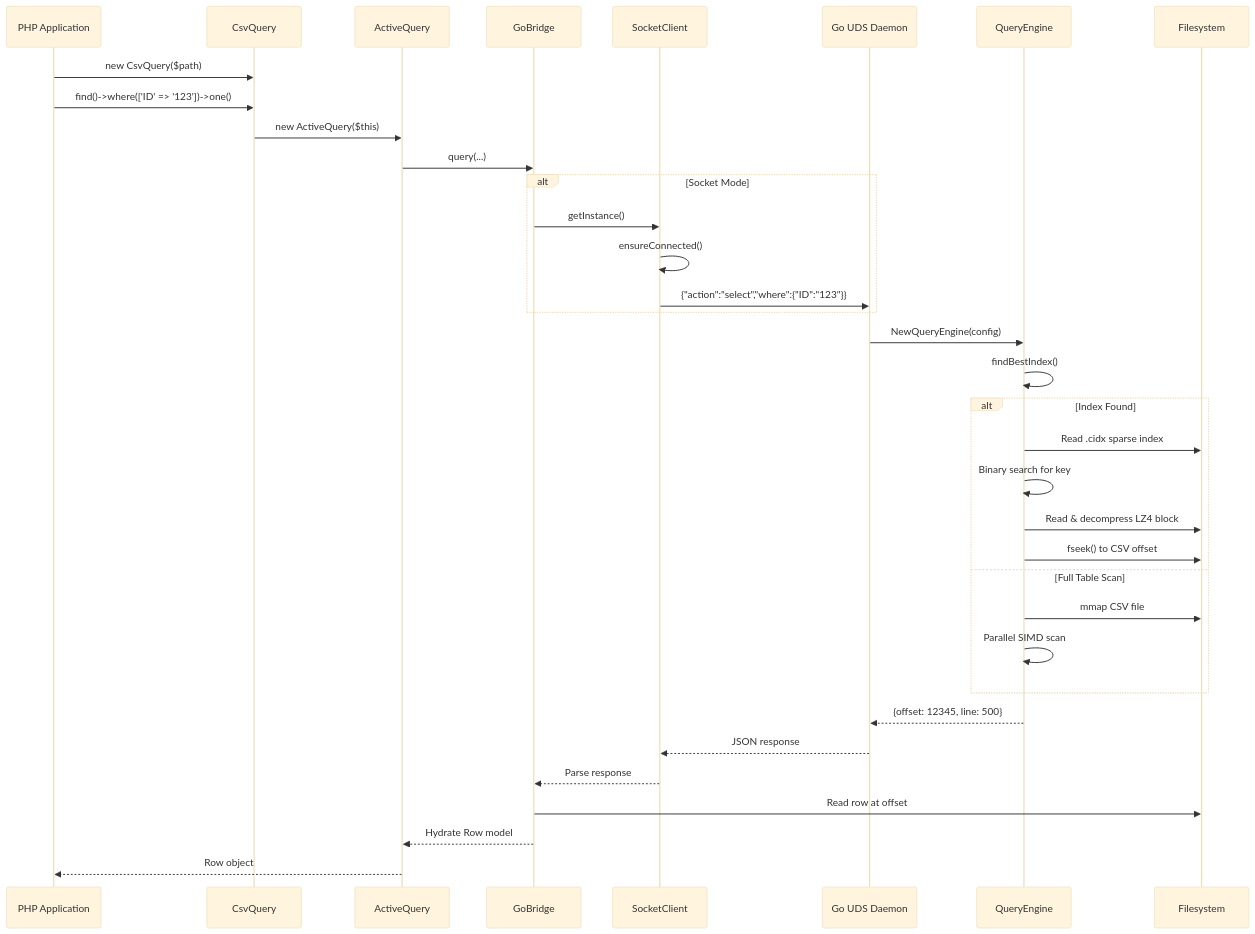
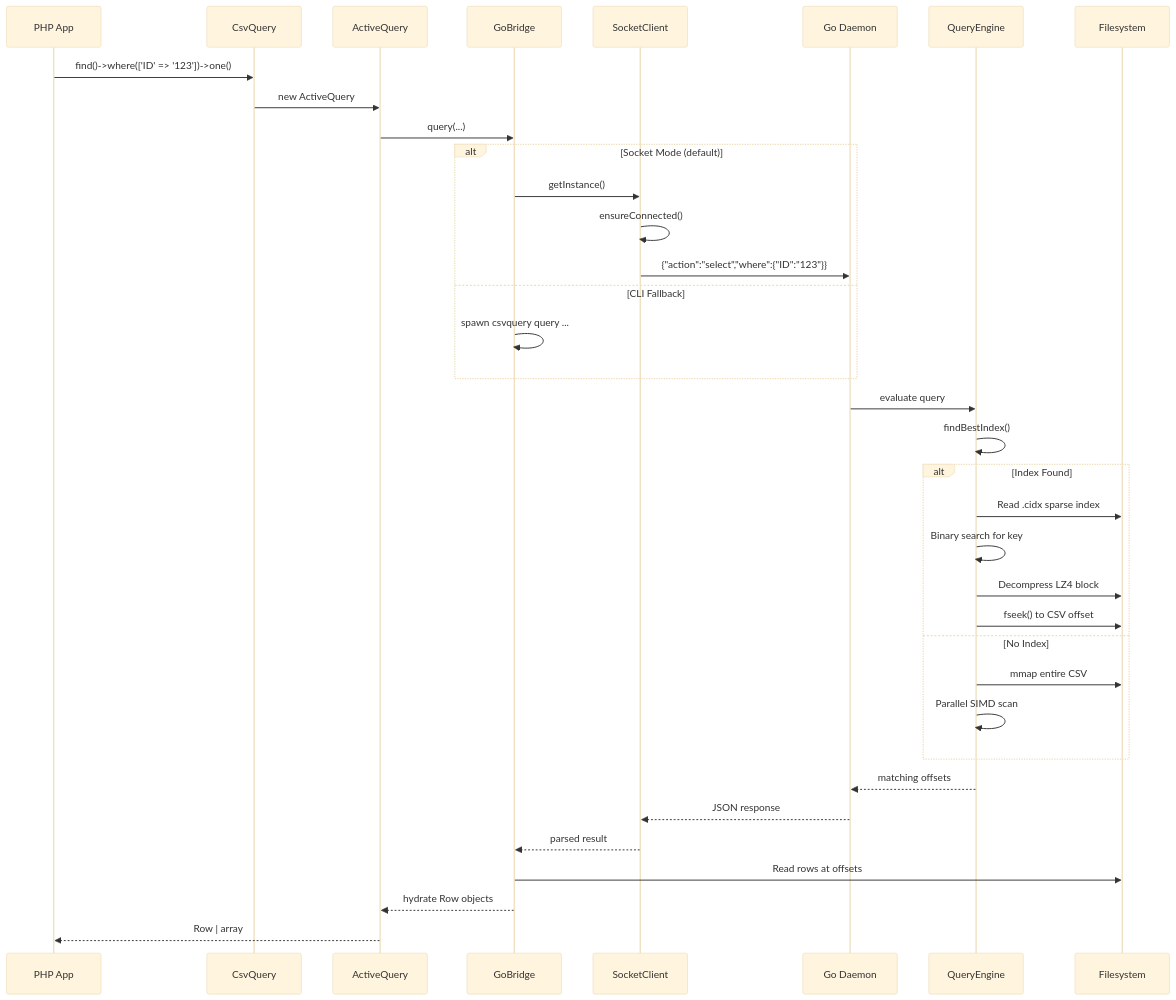
The second of 4 diagrams in README.md (entreya/csvquery), drawn with Mermaid (base theme) before and after one commit. The commit also changed other lines of this file, not shown here.

Commit message:
docs: comprehensive README rewrite with architecture diagrams, full API reference, and data flow diagrams

````diff
--- a/README.md
+++ b/README.md
@@ -243,42 +484,43 @@
 ```mermaid
 sequenceDiagram
-    participant App as PHP Application
+    participant App as PHP App
     participant CQ as CsvQuery
     participant AQ as ActiveQuery
     participant Bridge as GoBridge
     participant Socket as SocketClient
-    participant Daemon as Go UDS Daemon
+    participant Daemon as Go Daemon
     participant Engine as QueryEngine
     participant Disk as Filesystem
 
-    App->>CQ: new CsvQuery($path)
     App->>CQ: find()->where(['ID' => '123'])->one()
-    CQ->>AQ: new ActiveQuery($this)
+    CQ->>AQ: new ActiveQuery
     AQ->>Bridge: query(...)
-    
-    alt Socket Mode
+
+    alt Socket Mode (default)
         Bridge->>Socket: getInstance()
         Socket->>Socket: ensureConnected()
         Socket->>Daemon: {"action":"select","where":{"ID":"123"}}
+    else CLI Fallback
+        Bridge->>Bridge: spawn csvquery query ...
     end
 
-    Daemon->>Engine: NewQueryEngine(config)
+    Daemon->>Engine: evaluate query
     Engine->>Engine: findBestIndex()
 
     alt Index Found
         Engine->>Disk: Read .cidx sparse index
         Engine->>Engine: Binary search for key
-        Engine->>Disk: Read & decompress LZ4 block
+        Engine->>Disk: Decompress LZ4 block
         Engine->>Disk: fseek() to CSV offset
-    else Full Table Scan
-        Engine->>Disk: mmap CSV file
+    else No Index
+        Engine->>Disk: mmap entire CSV
         Engine->>Engine: Parallel SIMD scan
     end
 
-    Engine-->>Daemon: {offset: 12345, line: 500}
+    Engine-->>Daemon: matching offsets
     Daemon-->>Socket: JSON response
-    Socket-->>Bridge: Parse response
-    Bridge->>Disk: Read row at offset
-    Bridge-->>AQ: Hydrate Row model
-    AQ-->>App: Row object
+    Socket-->>Bridge: parsed result
+    Bridge->>Disk: Read rows at offsets
+    Bridge-->>AQ: hydrate Row objects
+    AQ-->>App: Row | array
 ```
````
